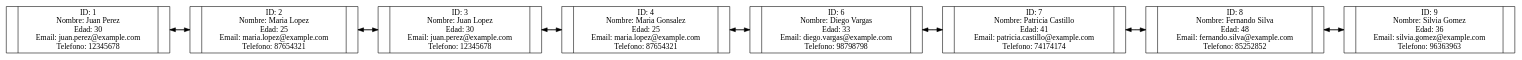
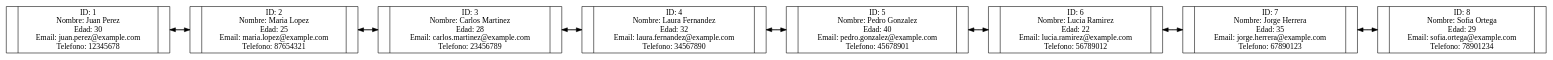
One commit to 202300512DanielH/IPC2_ProyectoVJ2024_21 changed the diagram in Reportes/Listas_doblemente_enlazadas.dot. Above: the diagram before and after it, drawn with Graphviz. The commit also changed 32 other files, not shown here.

```diff
--- a/Reportes/Listas_doblemente_enlazadas.dot
+++ b/Reportes/Listas_doblemente_enlazadas.dot
@@ -1,25 +1,25 @@
 digraph G {
         rankdir=LR;
         node [shape = record, height = .1]node0 [label = "{<f1>| ID: 1\nNombre: Juan Perez\nEdad: 30\nEmail: juan.perez@example.com\nTelefono: 12345678|<f2>}"];
 node1 [label = "{<f1>| ID: 2\nNombre: Maria Lopez\nEdad: 25\nEmail: maria.lopez@example.com\nTelefono: 87654321|<f2>}"];
-node2 [label = "{<f1>| ID: 3\nNombre: Juan Lopez\nEdad: 30\nEmail: juan.perez@example.com\nTelefono: 12345678|<f2>}"];
-node3 [label = "{<f1>| ID: 4\nNombre: Maria Gonsalez\nEdad: 25\nEmail: maria.lopez@example.com\nTelefono: 87654321|<f2>}"];
-node4 [label = "{<f1>| ID: 6\nNombre: Diego Vargas\nEdad: 33\nEmail: diego.vargas@example.com\nTelefono: 98798798|<f2>}"];
-node5 [label = "{<f1>| ID: 7\nNombre: Patricia Castillo\nEdad: 41\nEmail: patricia.castillo@example.com\nTelefono: 74174174|<f2>}"];
-node6 [label = "{<f1>| ID: 8\nNombre: Fernando Silva\nEdad: 48\nEmail: fernando.silva@example.com\nTelefono: 85252852|<f2>}"];
-node7 [label = "{<f1>| ID: 9\nNombre: Silvia Gomez\nEdad: 36\nEmail: silvia.gomez@example.com\nTelefono: 96363963|<f2>}"];
+node2 [label = "{<f1>| ID: 3\nNombre: Carlos Martinez\nEdad: 28\nEmail: carlos.martinez@example.com\nTelefono: 23456789|<f2>}"];
+node3 [label = "{<f1>| ID: 4\nNombre: Laura Fernandez\nEdad: 32\nEmail: laura.fernandez@example.com\nTelefono: 34567890|<f2>}"];
+node4 [label = "{<f1>| ID: 5\nNombre: Pedro Gonzalez\nEdad: 40\nEmail: pedro.gonzalez@example.com\nTelefono: 45678901|<f2>}"];
+node5 [label = "{<f1>| ID: 6\nNombre: Lucia Ramirez\nEdad: 22\nEmail: lucia.ramirez@example.com\nTelefono: 56789012|<f2>}"];
+node6 [label = "{<f1>| ID: 7\nNombre: Jorge Herrera\nEdad: 35\nEmail: jorge.herrera@example.com\nTelefono: 67890123|<f2>}"];
+node7 [label = "{<f1>| ID: 8\nNombre: Sofia Ortega\nEdad: 29\nEmail: sofia.ortega@example.com\nTelefono: 78901234|<f2>}"];
 node0:f2 -> node1:f1;
 node1:f1 -> node0:f2;
 node1:f2 -> node2:f1;
 node2:f1 -> node1:f2;
 node2:f2 -> node3:f1;
 node3:f1 -> node2:f2;
 node3:f2 -> node4:f1;
 node4:f1 -> node3:f2;
 node4:f2 -> node5:f1;
 node5:f1 -> node4:f2;
 node5:f2 -> node6:f1;
 node6:f1 -> node5:f2;
 node6:f2 -> node7:f1;
 node7:f1 -> node6:f2;
 }
```
